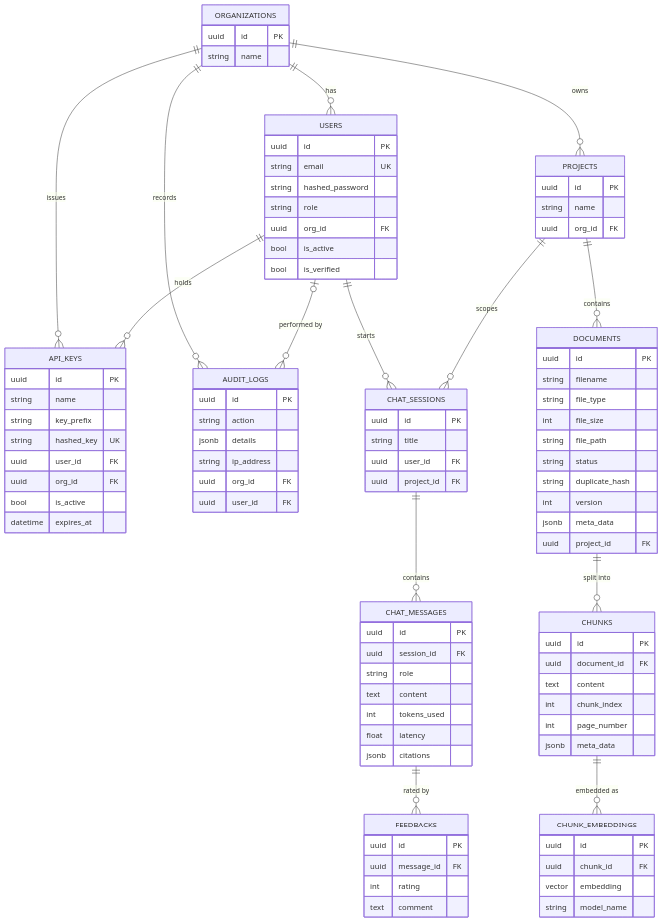
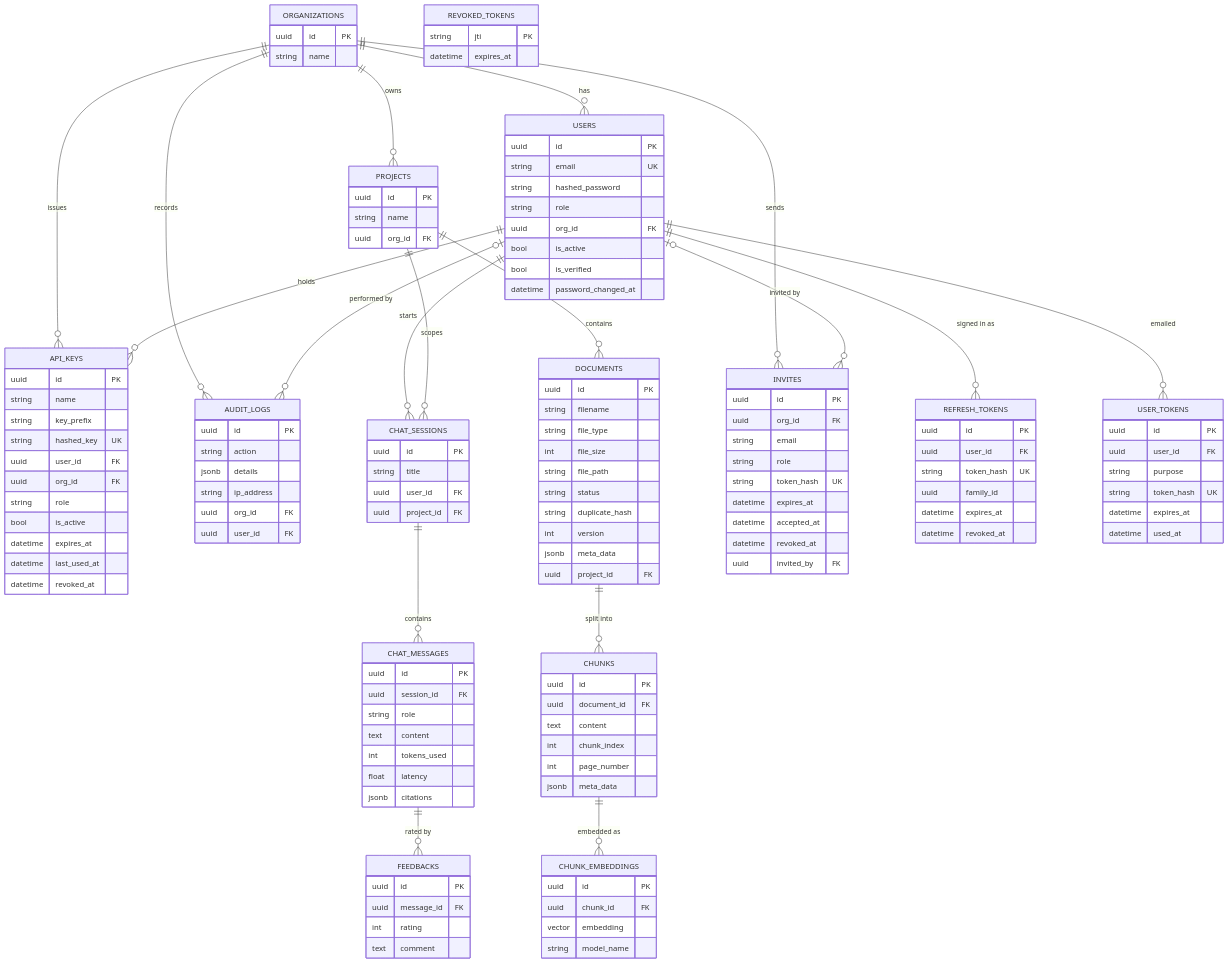
Diagram 11 of 15 in docs/ARCHITECTURE.md (dhanoliya-ji/DOCMINDS), drawn with Mermaid before and after one commit. The commit also changed other lines of this file and 53 other files, not shown here.

````diff
--- a/docs/ARCHITECTURE.md
+++ b/docs/ARCHITECTURE.md
@@ -447,6 +451,10 @@
     CHUNKS ||--o{ CHUNK_EMBEDDINGS : "embedded as"
     CHAT_SESSIONS ||--o{ CHAT_MESSAGES : contains
     CHAT_MESSAGES ||--o{ FEEDBACKS : "rated by"
+    ORGANIZATIONS ||--o{ INVITES : sends
+    USERS |o--o{ INVITES : "invited by"
+    USERS ||--o{ REFRESH_TOKENS : "signed in as"
+    USERS ||--o{ USER_TOKENS : "emailed"
 
     ORGANIZATIONS {
         uuid id PK
@@ -460,6 +468,7 @@
         uuid org_id FK
         bool is_active
         bool is_verified
+        datetime password_changed_at
     }
     PROJECTS {
         uuid id PK
@@ -520,8 +529,11 @@
         string hashed_key UK
         uuid user_id FK
         uuid org_id FK
+        string role
         bool is_active
         datetime expires_at
+        datetime last_used_at
+        datetime revoked_at
     }
     AUDIT_LOGS {
         uuid id PK
@@ -531,4 +543,35 @@
         uuid org_id FK
         uuid user_id FK
     }
+    INVITES {
+        uuid id PK
+        uuid org_id FK
+        string email
+        string role
+        string token_hash UK
+        datetime expires_at
+        datetime accepted_at
+        datetime revoked_at
+        uuid invited_by FK
+    }
+    REFRESH_TOKENS {
+        uuid id PK
+        uuid user_id FK
+        string token_hash UK
+        uuid family_id
+        datetime expires_at
+        datetime revoked_at
+    }
+    REVOKED_TOKENS {
+        string jti PK
+        datetime expires_at
+    }
+    USER_TOKENS {
+        uuid id PK
+        uuid user_id FK
+        string purpose
+        string token_hash UK
+        datetime expires_at
+        datetime used_at
+    }
 ```
````
